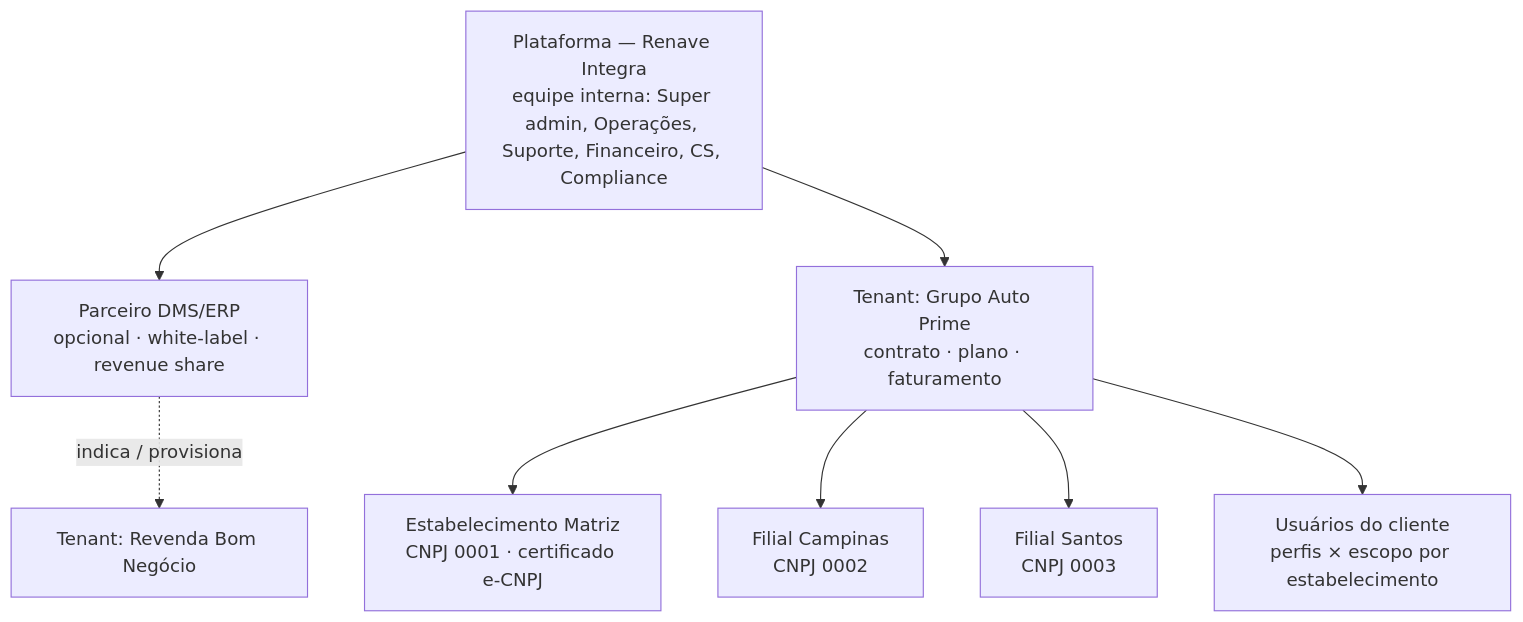
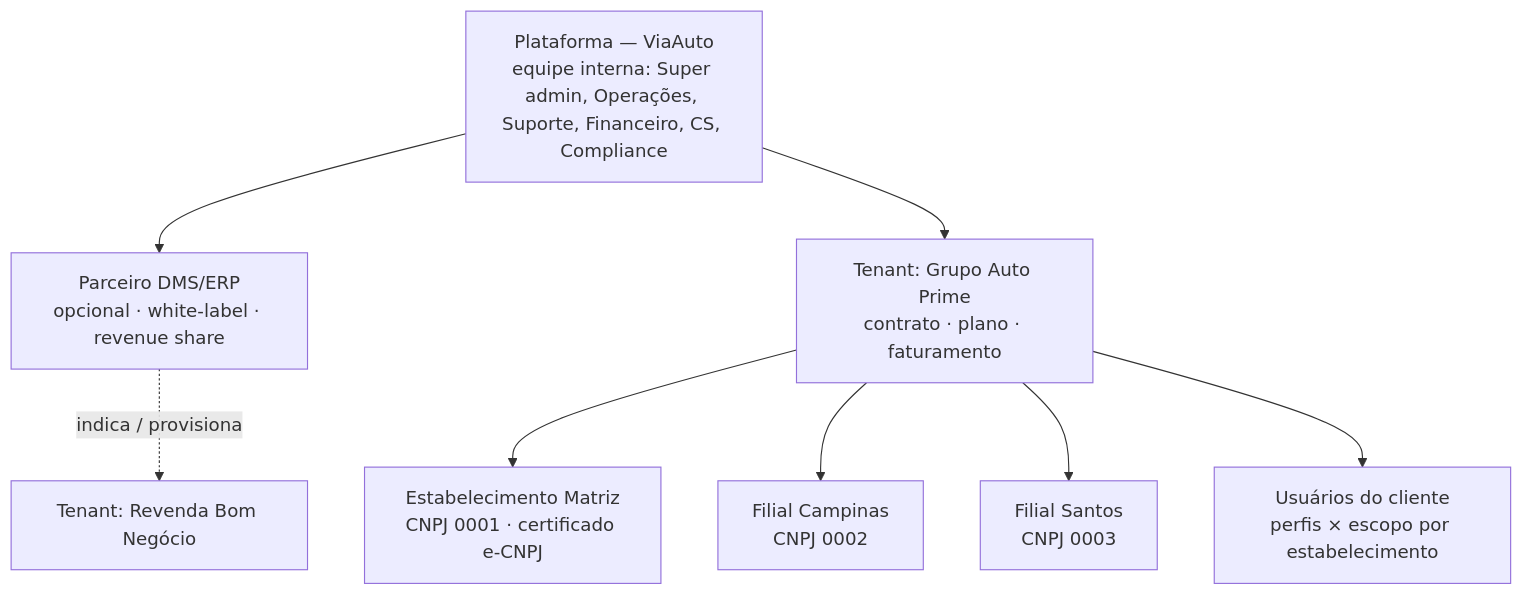
Before and after one commit to joaopaulomirandamatias/renave: the first of 2 diagrams in docs/11-modelo-saas.md, drawn with Mermaid. The commit also changed other lines of this file and 6 other files, not shown here.

First line of the commit message:
Marca ViaAuto: renomeia o produto e adiciona doc 12 de marca e storytelling

````diff
--- a/docs/11-modelo-saas.md
+++ b/docs/11-modelo-saas.md
@@ -10,16 +10,16 @@
 ```mermaid
 flowchart TD
-  P[Plataforma — Renave Integra<br/>equipe interna: Super admin, Operações, Suporte, Financeiro, CS, Compliance]
+  P[Plataforma — ViaAuto<br/>equipe interna: Super admin, Operações, Suporte, Financeiro, CS, Compliance]
   PA[Parceiro DMS/ERP<br/>opcional · white-label · revenue share]
   T1[Tenant: Grupo Auto Prime<br/>contrato · plano · faturamento]
   T2[Tenant: Revenda Bom Negócio]
   E1[Estabelecimento Matriz<br/>CNPJ 0001 · certificado e-CNPJ]
   E2[Filial Campinas<br/>CNPJ 0002]
   E3[Filial Santos<br/>CNPJ 0003]
   U[Usuários do cliente<br/>perfis × escopo por estabelecimento]
   P --> PA
   P --> T1
   PA -.indica / provisiona.-> T2
   T1 --> E1 & E2 & E3
   T1 --> U
 ```
````
